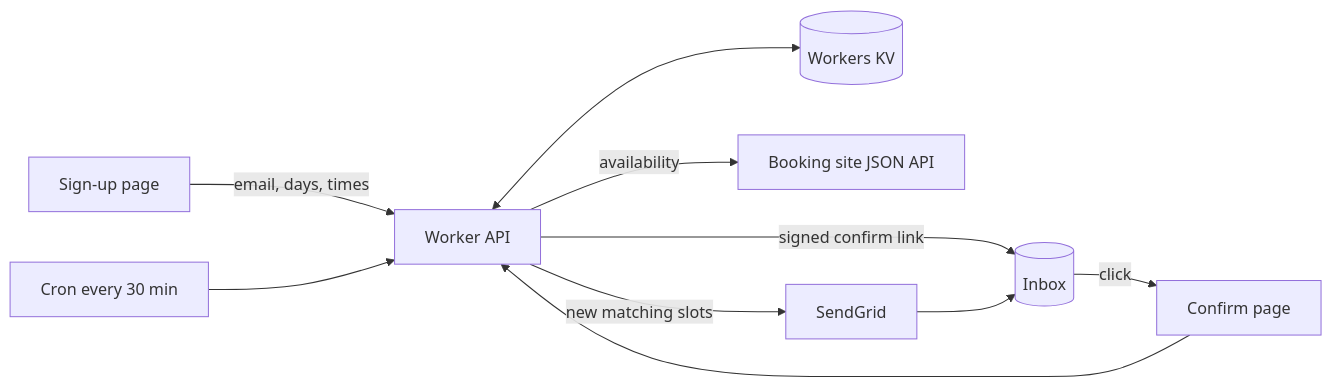
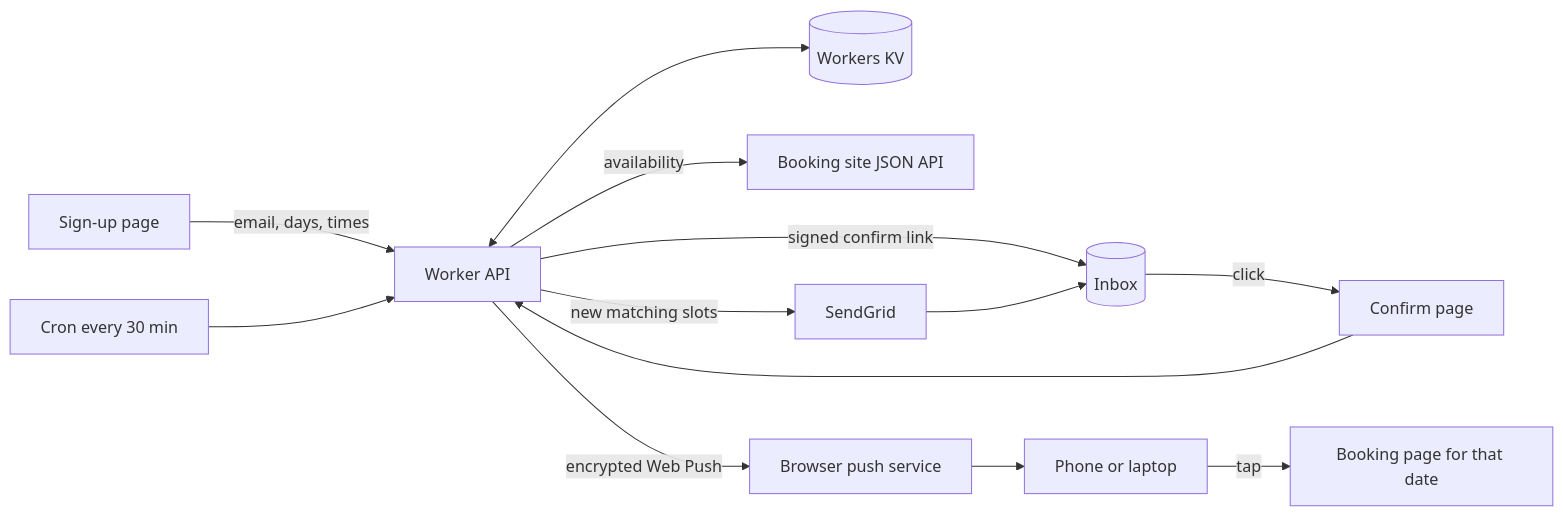
The diagram in README.md (Lydia-ivee/tennis-court-notifier), drawn with Mermaid before and after one commit. The commit also changed other lines of this file and 42 other files, not shown here.

````diff
--- a/README.md
+++ b/README.md
@@ -11,10 +11,12 @@
 ```mermaid
 flowchart LR
   U[Sign-up page] -- email, days, times --> W[Worker API]
   W -- signed confirm link --> E[(Inbox)]
   E -- click --> C[Confirm page] --> W
   W <--> KV[(Workers KV)]
   Cron[Cron every 30 min] --> W
   W -- availability --> B[Booking site JSON API]
   W -- new matching slots --> SG[SendGrid] --> E
+  W -- encrypted Web Push --> PS[Browser push service] --> P[Phone or laptop]
+  P -- tap --> B2[Booking page for that date]
 ```
````
